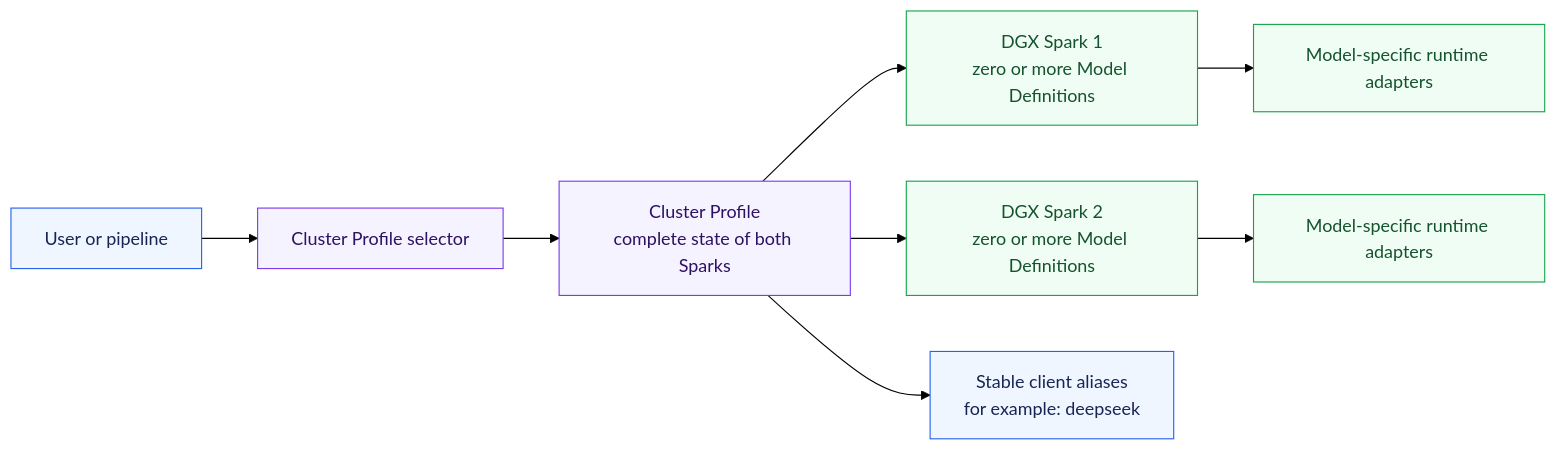
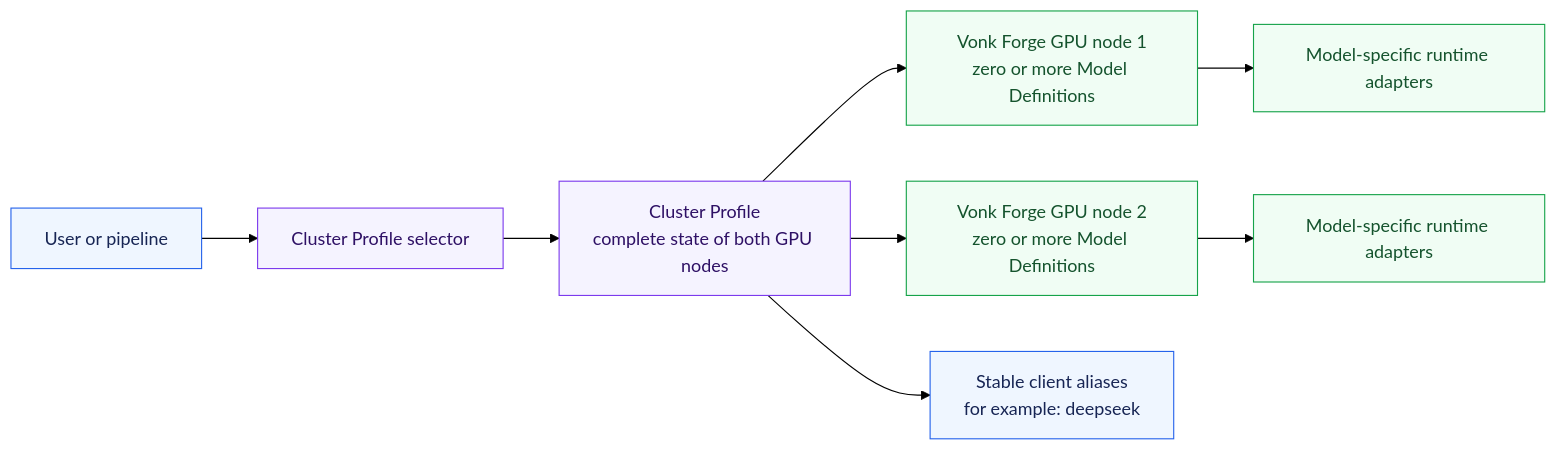
Before and after one commit to CarstVaartjes/DGX-Forge: the first of 3 diagrams in docs/model-profile-overview.md, drawn with Mermaid (forest theme). The commit also changed other lines of this file and 591 other files, not shown here.

Commit message:
refactor: standardize Vonk Forge contracts and deployment names

````diff
--- a/docs/model-profile-overview.md
+++ b/docs/model-profile-overview.md
@@ -12,17 +12,17 @@
 ```mermaid
 flowchart LR
     user[User or pipeline] --> selector[Cluster Profile selector]
-    selector --> profile[Cluster Profile<br/>complete state of both Sparks]
-    profile --> spark1[DGX Spark 1<br/>zero or more Model Definitions]
-    profile --> spark2[DGX Spark 2<br/>zero or more Model Definitions]
-    spark1 --> adapters1[Model-specific runtime adapters]
-    spark2 --> adapters2[Model-specific runtime adapters]
+    selector --> profile[Cluster Profile<br/>complete state of both GPU nodes]
+    profile --> node1[Vonk Forge GPU node 1<br/>zero or more Model Definitions]
+    profile --> node2[Vonk Forge GPU node 2<br/>zero or more Model Definitions]
+    node1 --> adapters1[Model-specific runtime adapters]
+    node2 --> adapters2[Model-specific runtime adapters]
     profile --> aliases[Stable client aliases<br/>for example: deepseek]
 
     classDef control fill:#f5f3ff,stroke:#7c3aed,color:#2e1065;
     classDef compute fill:#f0fdf4,stroke:#16a34a,color:#14532d;
     classDef client fill:#eff6ff,stroke:#2563eb,color:#172554;
     class user,aliases client;
     class selector,profile control;
-    class spark1,spark2,adapters1,adapters2 compute;
+    class node1,node2,adapters1,adapters2 compute;
 ```
````
